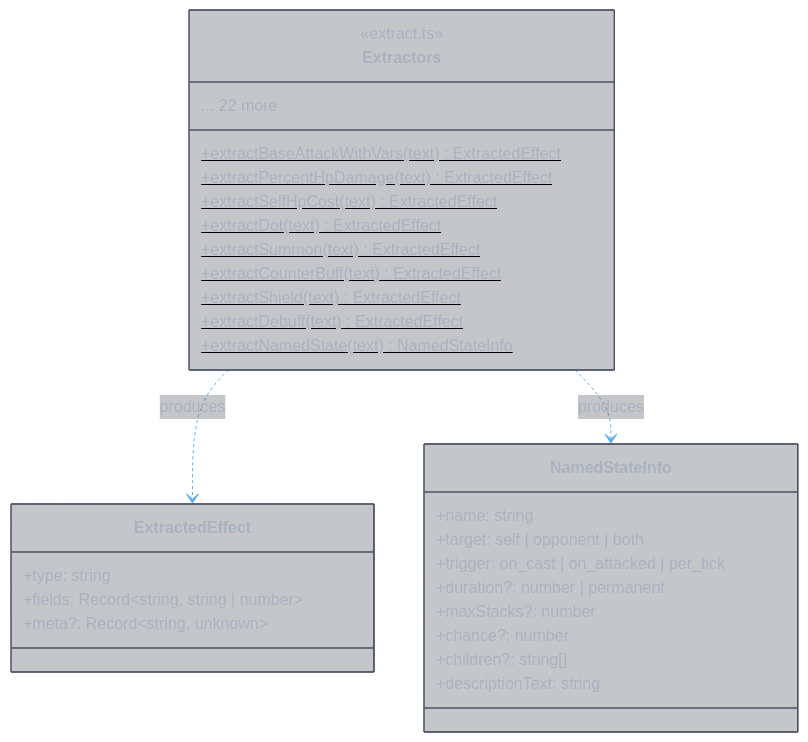
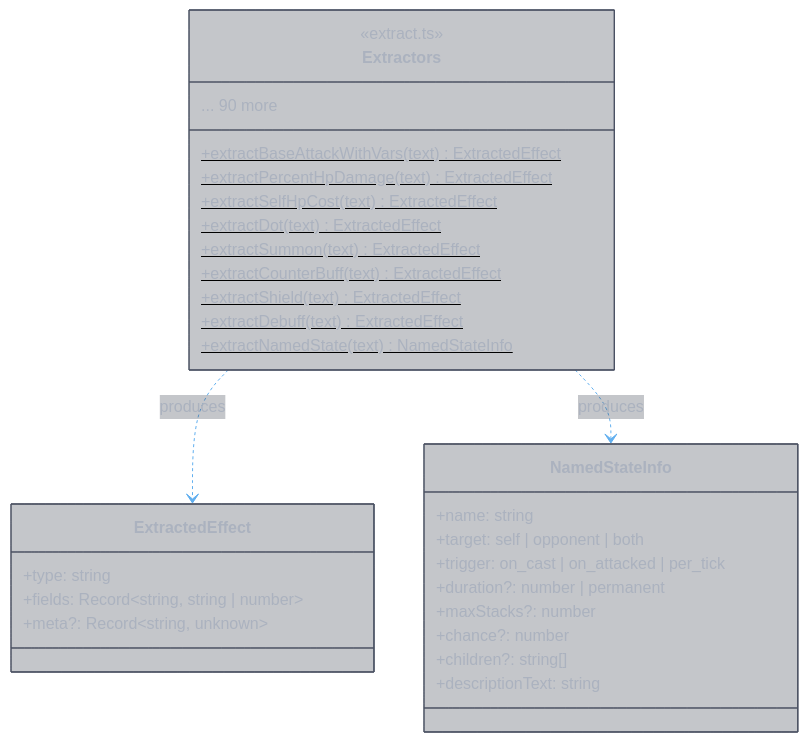
Before and after one commit to zhifengzhang-sz/divine-book: the fifth of 7 diagrams in docs/parser/diagram.main.md, drawn with Mermaid. The commit also changed other lines of this file and 4 other files, not shown here.

````diff
--- a/docs/parser/diagram.main.md
+++ b/docs/parser/diagram.main.md
@@ -210,37 +209,37 @@
 ```mermaid
 %%{init: {'theme': 'base', 'themeVariables': {'primaryColor': '#3e44514D', 'primaryTextColor': '#abb2bf', 'primaryBorderColor': '#4b5263', 'lineColor': '#61afef', 'secondaryColor': '#2c313a4D', 'secondaryTextColor': '#abb2bf', 'secondaryBorderColor': '#4b5263', 'tertiaryColor': '#282c344D', 'mainBkg': '#3e44514D', 'nodeBorder': '#4b5263', 'clusterBkg': '#2c313a4D', 'clusterBorder': '#4b5263', 'titleColor': '#e5c07b', 'edgeLabelBackground': '#282c34', 'textColor': '#abb2bf', 'background': '#282c34'}}}%%
 classDiagram
     class ExtractedEffect {
         +type: string
         +fields: Record~string, string | number~
         +meta?: Record~string, unknown~
     }
 
     class NamedStateInfo {
         +name: string
         +target: self | opponent | both
         +trigger: on_cast | on_attacked | per_tick
         +duration?: number | permanent
         +maxStacks?: number
         +chance?: number
         +children?: string[]
         +descriptionText: string
     }
 
     class Extractors {
         <<extract.ts>>
         +extractBaseAttackWithVars(text)$ ExtractedEffect
         +extractPercentHpDamage(text)$ ExtractedEffect
         +extractSelfHpCost(text)$ ExtractedEffect
         +extractDot(text)$ ExtractedEffect
         +extractSummon(text)$ ExtractedEffect
         +extractCounterBuff(text)$ ExtractedEffect
         +extractShield(text)$ ExtractedEffect
         +extractDebuff(text)$ ExtractedEffect
         +extractNamedState(text)$ NamedStateInfo
-        ... 22 more
+        ... 90 more
     }
 
     Extractors ..> ExtractedEffect : produces
     Extractors ..> NamedStateInfo : produces
 ```
````
